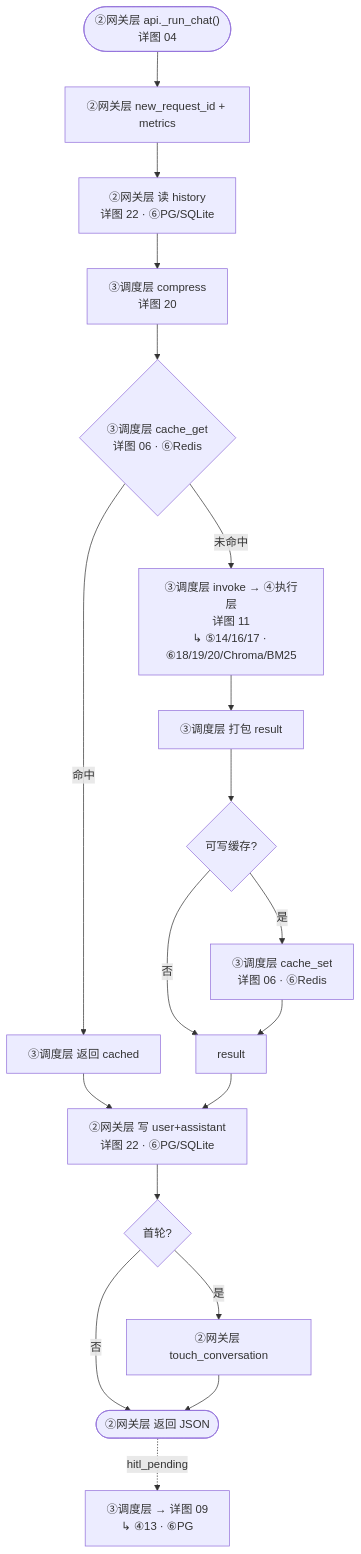
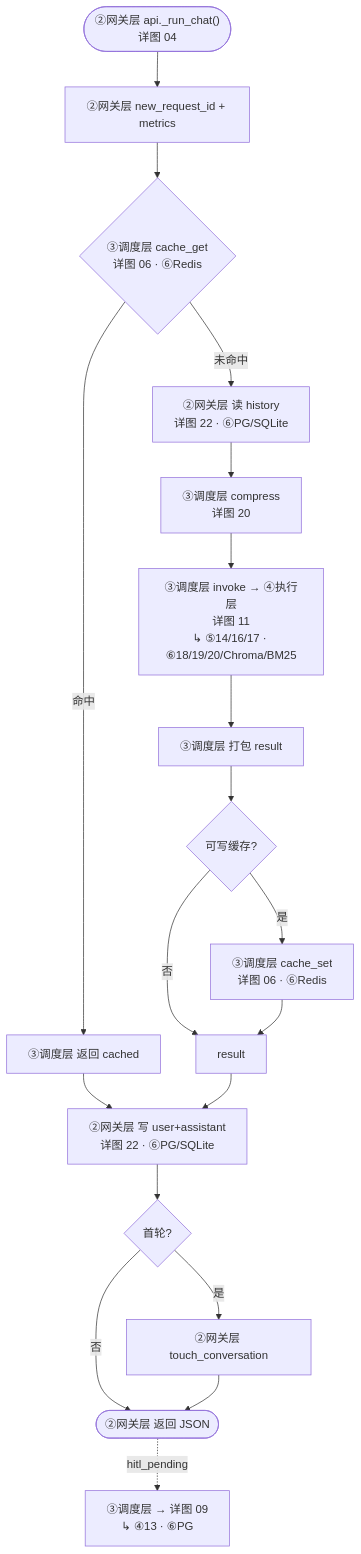
One commit to charlie-chann/ai-agent-langgraph-main changed the diagram in project_00_rag_agent/docs/diagrams/source/07_ask_sync.mmd. Above: the diagram before and after it, drawn with Mermaid. The commit also changed 4 other files, not shown here.

```diff
--- a/project_00_rag_agent/docs/diagrams/source/07_ask_sync.mmd
+++ b/project_00_rag_agent/docs/diagrams/source/07_ask_sync.mmd
@@ -1,25 +1,25 @@
 flowchart TD
     START(["②网关层 api._run_chat()<br/>详图 04"]) --> RID["②网关层 new_request_id + metrics"]
-    RID --> LOAD["②网关层 读 history<br/>详图 22 · ⑥PG/SQLite"]
-    LOAD --> A1["③调度层 compress<br/>详图 20"]
-    A1 --> A2{"③调度层 cache_get<br/>详图 06 · ⑥Redis"}
+    RID --> A2{"③调度层 cache_get<br/>详图 06 · ⑥Redis"}
 
     A2 -->|命中| A2H["③调度层 返回 cached"]
-    A2 -->|未命中| A3["③调度层 invoke → ④执行层<br/>详图 11<br/>↳ ⑤14/16/17 · ⑥18/19/20/Chroma/BM25"]
+    A2 -->|未命中| LOAD["②网关层 读 history<br/>详图 22 · ⑥PG/SQLite"]
+    LOAD --> A1["③调度层 compress<br/>详图 20"]
+    A1 --> A3["③调度层 invoke → ④执行层<br/>详图 11<br/>↳ ⑤14/16/17 · ⑥18/19/20/Chroma/BM25"]
 
     A3 --> A4["③调度层 打包 result"]
     A4 --> A5{可写缓存?}
     A5 -->|是| A6["③调度层 cache_set<br/>详图 06 · ⑥Redis"]
     A5 -->|否| MERGE[result]
     A6 --> MERGE
 
     A2H --> SAVE
     MERGE --> SAVE["②网关层 写 user+assistant<br/>详图 22 · ⑥PG/SQLite"]
     SAVE --> TIT{首轮?}
     TIT -->|是| TITLE["②网关层 touch_conversation"]
     TIT -->|否| RETURN
     TITLE --> RETURN(["②网关层 返回 JSON"])
 
     RETURN -.->|hitl_pending| H09["③调度层 → 详图 09<br/>↳ ④13 · ⑥PG"]
 
-    %% ③调度层=agent.ask()；②网关层=api._run_chat()
+    %% cache·06 先于 history/compress；命中短路，未命中再读 PG + 压缩后进执行层
```
